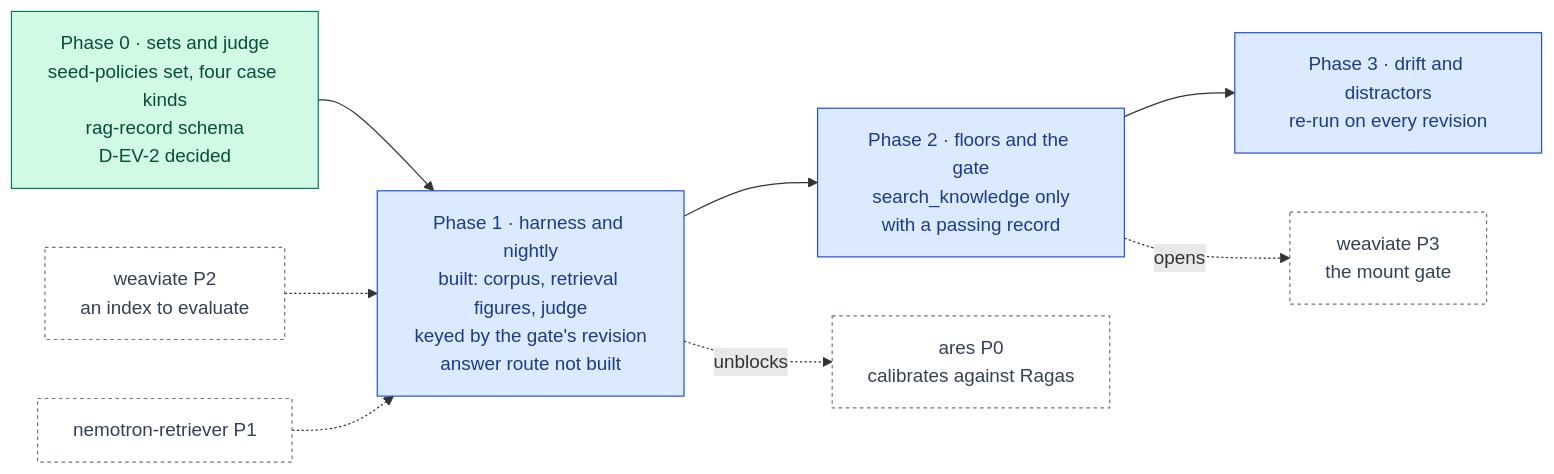
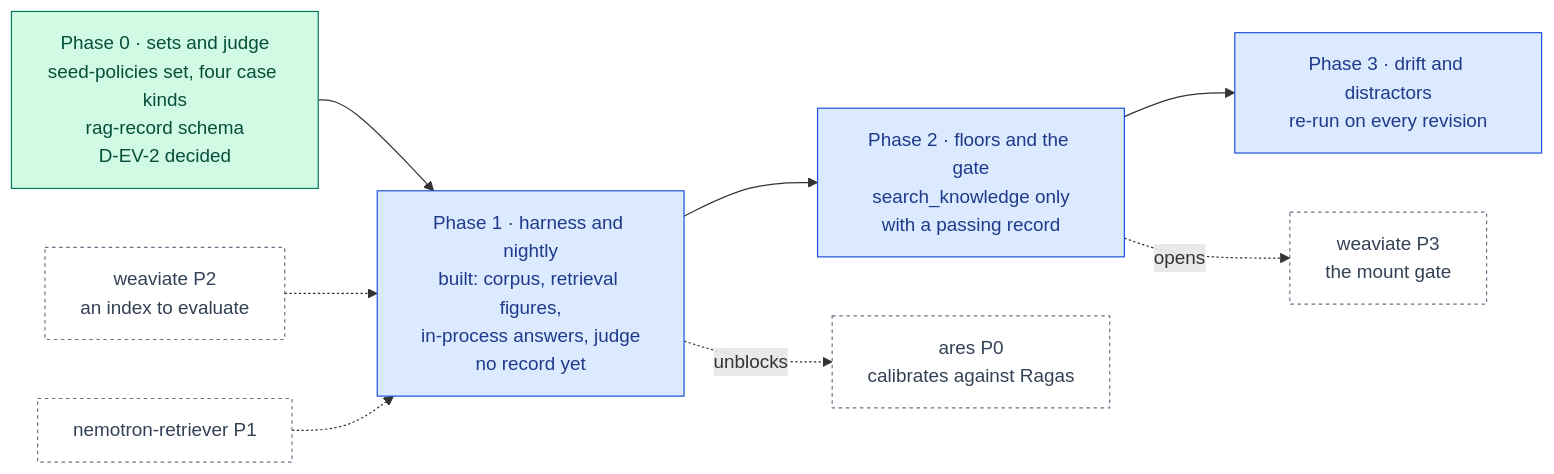
One commit to RodnaPamet/inflect-compliance changed the diagram in docs/ai-architecture/ragas.md. Above: the diagram before and after it, drawn with Mermaid. The commit also changed other lines of this file and 26 other files, not shown here.

````diff
--- a/docs/ai-architecture/ragas.md
+++ b/docs/ai-architecture/ragas.md
@@ -29,23 +29,23 @@
 ```mermaid
 flowchart LR
   P0["Phase 0 · sets and judge<br/>seed-policies set, four case kinds<br/>rag-record schema<br/>D-EV-2 decided"]:::done
-  P1["Phase 1 · harness and nightly<br/>built: corpus, retrieval figures, judge<br/>keyed by the gate's revision<br/>answer route not built"]:::todo
+  P1["Phase 1 · harness and nightly<br/>built: corpus, retrieval figures,<br/>in-process answers, judge<br/>no record yet"]:::todo
   P2["Phase 2 · floors and the gate<br/>search_knowledge only<br/>with a passing record"]:::todo
   P3["Phase 3 · drift and distractors<br/>re-run on every revision"]:::todo
   WV["weaviate P2<br/>an index to evaluate"]:::ext
   RT["nemotron-retriever P1"]:::ext
   WV3["weaviate P3<br/>the mount gate"]:::ext
   AR["ares P0<br/>calibrates against Ragas"]:::ext
   P0 --> P1 --> P2 --> P3
   WV -.-> P1
   RT -.-> P1
   P2 -.->|opens| WV3
   P1 -.->|unblocks| AR
 
   classDef done fill:#d1fae5,stroke:#047857,color:#064e3b
   classDef todo fill:#dbeafe,stroke:#1d4ed8,color:#1e3a8a
   classDef gate fill:#ede9fe,stroke:#6d28d9,color:#3b0764
   classDef ext fill:#ffffff,stroke:#64748b,color:#334155,stroke-dasharray:3 3
   classDef eval fill:#fce7f3,stroke:#be185d,color:#831843
   classDef declined fill:#f3f4f6,stroke:#6b7280,color:#374151,stroke-dasharray:4 3
 ```
````
